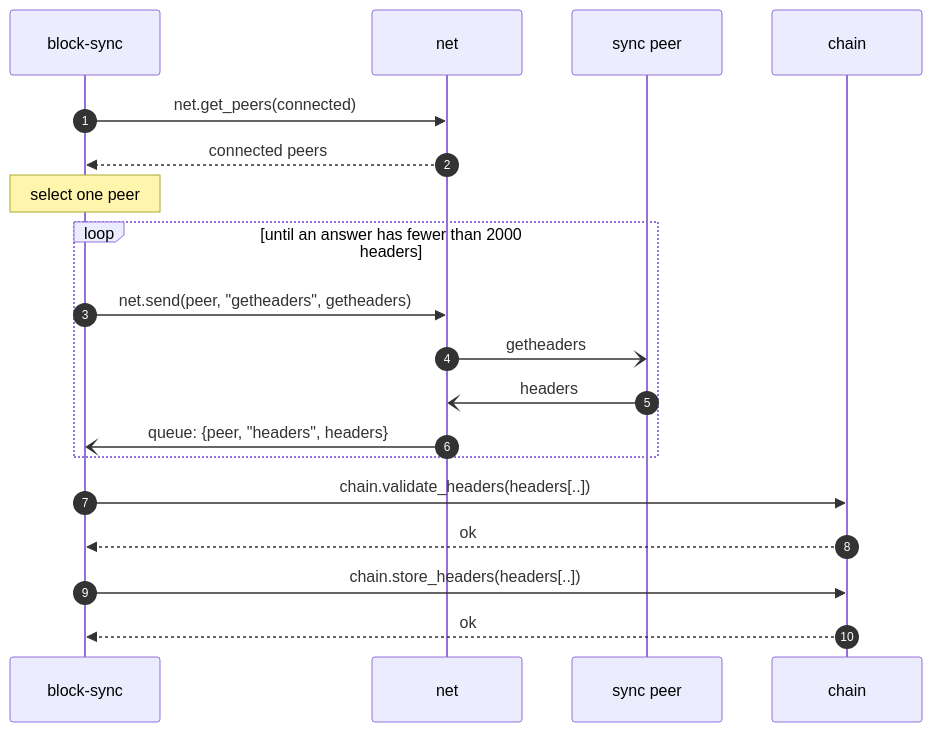
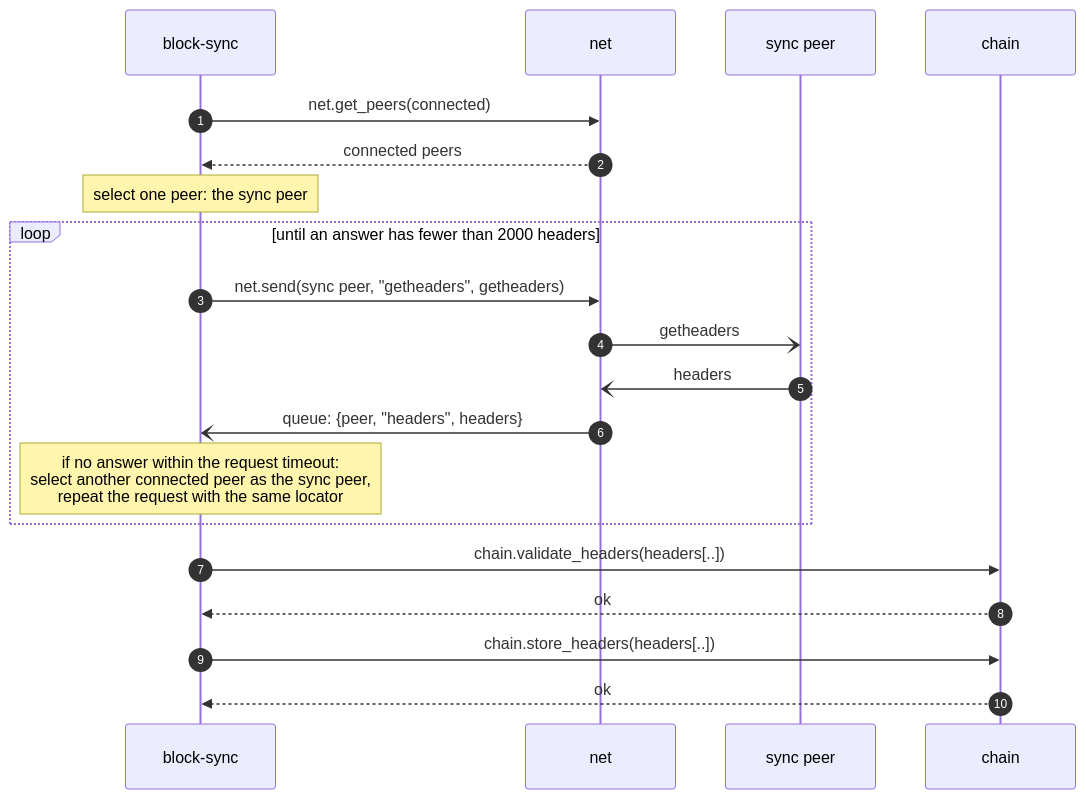
One commit to VakthundBTC/spec changed the first of 6 diagrams in 3-requirements/3.2.3-block-sync.md. Above: the diagram before and after it, drawn with Mermaid. The commit also changed other lines of this file and 10 other files, not shown here.

````diff
--- a/3-requirements/3.2.3-block-sync.md
+++ b/3-requirements/3.2.3-block-sync.md
@@ -123,21 +165,22 @@
 ```mermaid
 sequenceDiagram
     autonumber
     participant BS as block-sync
     participant N as net
     participant P as sync peer
     participant C as chain
     BS ->> N: net.get_peers(connected)
     N -->> BS: connected peers
-    Note over BS: select one peer
+    Note over BS: select one peer: the sync peer
     loop until an answer has fewer than 2000 headers
-        BS ->> N: net.send(peer, "getheaders", getheaders)
+        BS ->> N: net.send(sync peer, "getheaders", getheaders)
         N -) P: getheaders
         P -) N: headers
         N -) BS: queue: {peer, "headers", headers}
+        Note over BS: if no answer within the request timeout:<br/>select another connected peer as the sync peer,<br/>repeat the request with the same locator
     end
     BS ->> C: chain.validate_headers(headers[..])
     C -->> BS: ok
     BS ->> C: chain.store_headers(headers[..])
     C -->> BS: ok
 ```
````
